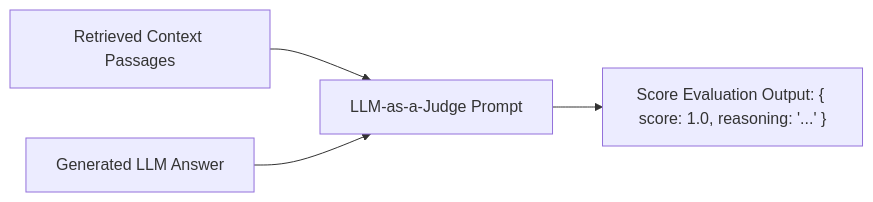
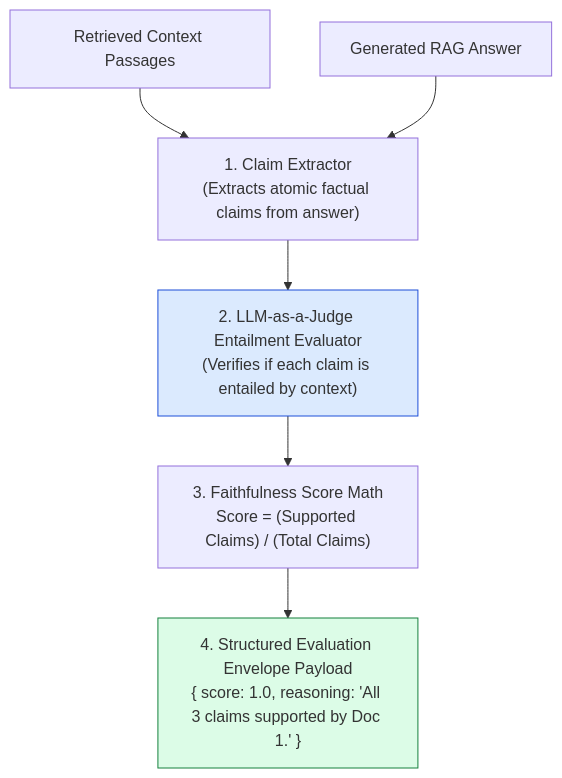
One commit to Amie-dev/engineering-playbook changed the first of 3 diagrams in agentic-ai-notes/03-vidya-rag/11-faithfulness-evaluator.md. Above: the diagram before and after it, drawn with Mermaid. The commit also changed other lines of this file and 14 other files, not shown here.

First line of the commit message:
Enhance RAG Evaluation and Ingestion Modules

````diff
--- a/agentic-ai-notes/03-vidya-rag/11-faithfulness-evaluator.md
+++ b/agentic-ai-notes/03-vidya-rag/11-faithfulness-evaluator.md
@@ -10,6 +13,15 @@
 ```mermaid
-flowchart LR
-    Context[Retrieved Context Passages] --> Judge[LLM-as-a-Judge Prompt]
-    Answer[Generated LLM Answer] --> Judge
-    Judge --> Evaluation["Score Evaluation Output: { score: 1.0, reasoning: '...' }"]
+flowchart TD
+    RetrievedPassages[Retrieved Context Passages] --> ClaimExtractor["1. Claim Extractor<br/>(Extracts atomic factual claims from answer)"]
+
+    GeneratedAnswer[Generated RAG Answer] --> ClaimExtractor
+
+    ClaimExtractor --> EntailmentJudge["2. LLM-as-a-Judge Entailment Evaluator<br/>(Verifies if each claim is entailed by context)"]
+
+    EntailmentJudge --> ScoreMath["3. Faithfulness Score Math<br/>Score = (Supported Claims) / (Total Claims)"]
+
+    ScoreMath --> EvaluationEnvelope["4. Structured Evaluation Envelope Payload<br/>{ score: 1.0, reasoning: 'All 3 claims supported by Doc 1.' }"]
+
+    style EntailmentJudge fill:#dbeafe,stroke:#1d4ed8
+    style EvaluationEnvelope fill:#dcfce7,stroke:#15803d
 ```
````
